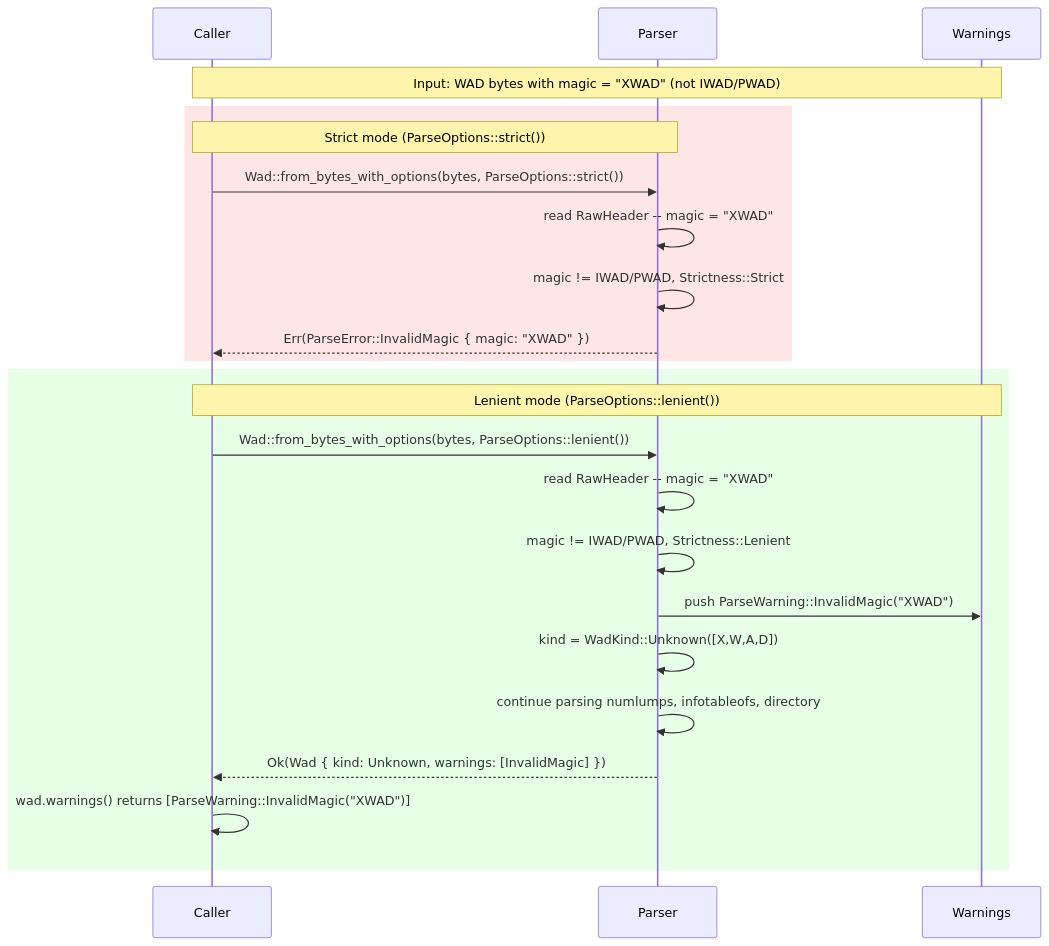
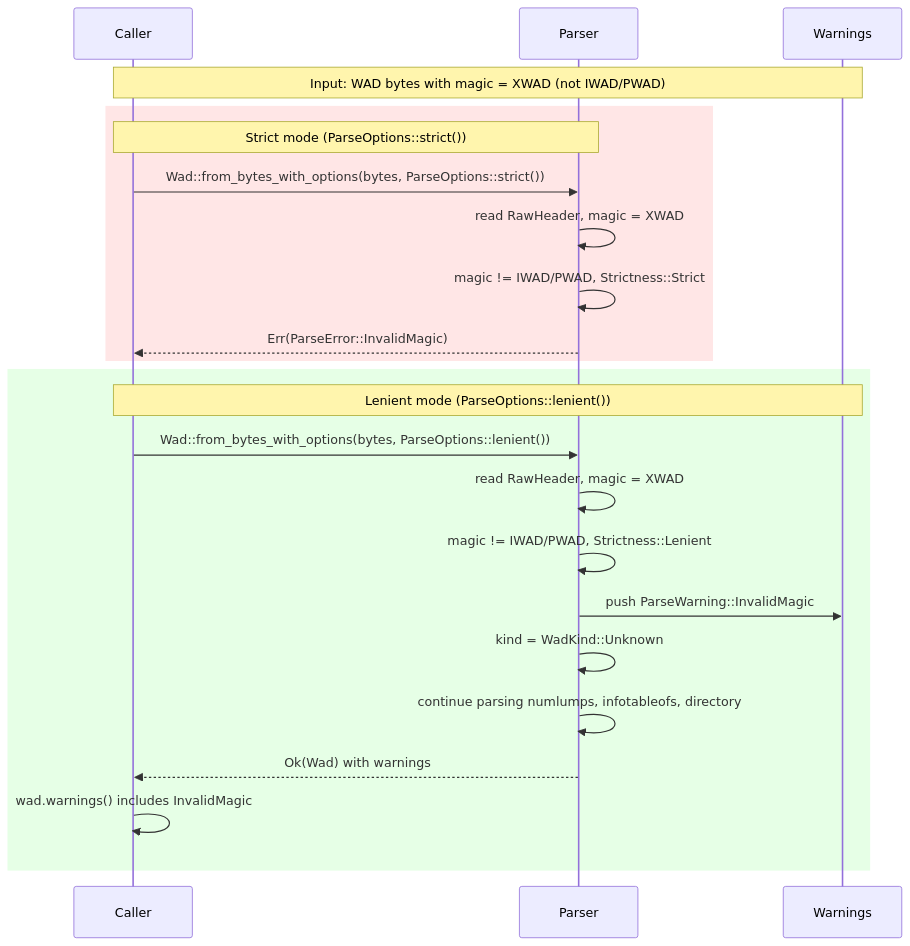
One commit to masriamir/crustywad changed the third of 4 diagrams in docs/design.md. Above: the diagram before and after it, drawn with Mermaid. The commit also changed other lines of this file, not shown here.

Commit message:
docs(design): fix Mermaid rendering issues across all diagrams

````diff
--- a/docs/design.md
+++ b/docs/design.md
@@ -113,28 +113,28 @@
 ```mermaid
 sequenceDiagram
     participant Caller
     participant Parser
     participant Warnings
 
-    Note over Caller,Warnings: Input: WAD bytes with magic = "XWAD" (not IWAD/PWAD)
+    Note over Caller,Warnings: Input: WAD bytes with magic = XWAD (not IWAD/PWAD)
 
     rect rgb(255, 230, 230)
         Note over Caller,Parser: Strict mode (ParseOptions::strict())
         Caller->>Parser: Wad::from_bytes_with_options(bytes, ParseOptions::strict())
-        Parser->>Parser: read RawHeader -- magic = "XWAD"
+        Parser->>Parser: read RawHeader, magic = XWAD
         Parser->>Parser: magic != IWAD/PWAD, Strictness::Strict
-        Parser-->>Caller: Err(ParseError::InvalidMagic { magic: "XWAD" })
+        Parser-->>Caller: Err(ParseError::InvalidMagic)
     end
 
     rect rgb(230, 255, 230)
         Note over Caller,Warnings: Lenient mode (ParseOptions::lenient())
         Caller->>Parser: Wad::from_bytes_with_options(bytes, ParseOptions::lenient())
-        Parser->>Parser: read RawHeader -- magic = "XWAD"
+        Parser->>Parser: read RawHeader, magic = XWAD
         Parser->>Parser: magic != IWAD/PWAD, Strictness::Lenient
-        Parser->>Warnings: push ParseWarning::InvalidMagic("XWAD")
-        Parser->>Parser: kind = WadKind::Unknown([X,W,A,D])
+        Parser->>Warnings: push ParseWarning::InvalidMagic
+        Parser->>Parser: kind = WadKind::Unknown
         Parser->>Parser: continue parsing numlumps, infotableofs, directory
-        Parser-->>Caller: Ok(Wad { kind: Unknown, warnings: [InvalidMagic] })
-        Caller->>Caller: wad.warnings() returns [ParseWarning::InvalidMagic("XWAD")]
+        Parser-->>Caller: Ok(Wad) with warnings
+        Caller->>Caller: wad.warnings() includes InvalidMagic
     end
 ```
````
